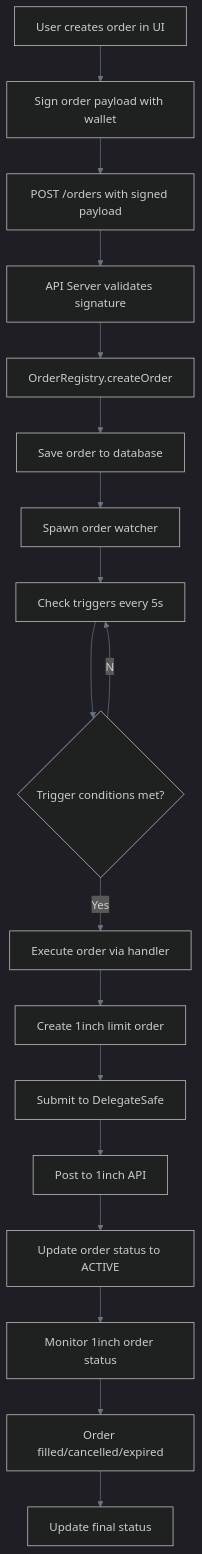
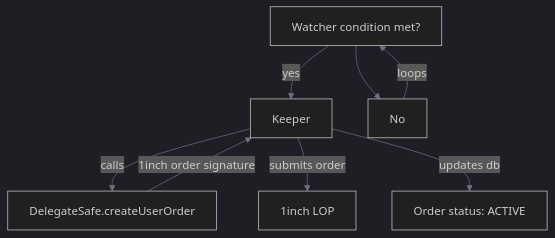
One commit to pde-rent/1edge changed the second of 4 diagrams in docs/1edge/order-lifecycle.md. Above: the diagram before and after it, drawn with Mermaid. The commit also changed other lines of this file and 2 other files, not shown here.

Commit message:
[docs] Order lifecycle updated

````diff
--- a/docs/1edge/order-lifecycle.md
+++ b/docs/1edge/order-lifecycle.md
@@ -22,21 +39,10 @@
 ```mermaid
 %%{init: {'theme':'dark', 'themeVariables': {'primaryColor':'#22c55e','background':'transparent','primaryBorderColor':'#22c55e','lineColor':'#6b7280','sectionBkgColor':'transparent','altSectionBkgColor':'transparent','clusterBkg':'transparent','clusterBorder':'#6b7280'}}}%%
 graph TD
-    A[User creates order in UI] --> B[Sign order payload with wallet];
-    B --> C[POST /orders with signed payload];
-    C --> D[API Server validates signature];
-    D --> E[OrderRegistry.createOrder];
-    E --> F[Save order to database];
-    F --> G[Spawn order watcher];
-    G --> H[Check triggers every 5s];
-    H --> I{Trigger conditions met?};
-    I --No--> H;
-    I --Yes--> J[Execute order via handler];
-    J --> K[Create 1inch limit order];
-    K --> L[Submit to DelegateSafe];
-    L --> M[Post to 1inch API];
-    M --> N[Update order status to ACTIVE];
-    N --> O[Monitor 1inch order status];
-    O --> P[Order filled/cancelled/expired];
-    P --> Q[Update final status];
+    A[Watcher condition met?] --yes--> D[Keeper]
+    A --> C[No] --loops--> A
+    D --calls--> E[DelegateSafe.createUserOrder]
+    E --1inch order signature--> D
+    D --submits order--> F[1inch LOP]
+    D --updates db--> G[Order status: ACTIVE]
 ```
````
